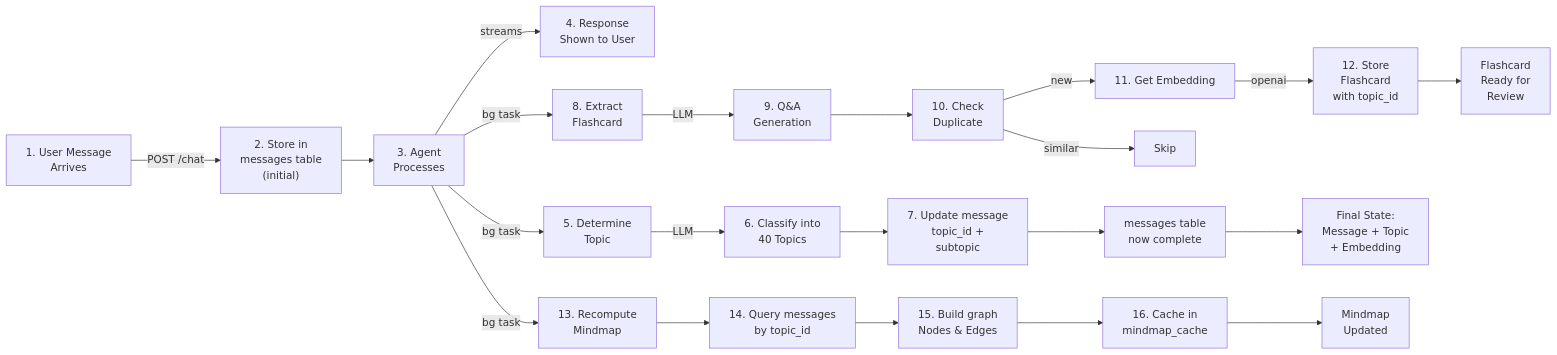
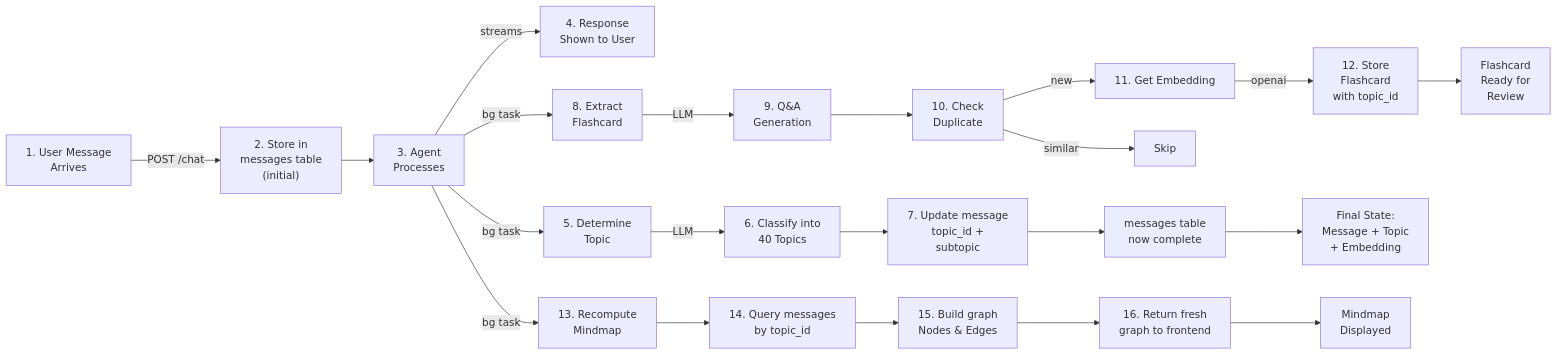
Before and after one commit to njsfield/multi-agent-system: the third of 9 diagrams in ARCHITECTURE.md, drawn with Mermaid. The commit also changed other lines of this file and 1 other file, not shown here.

First line of the commit message:
docs: update to reflect mindmap runtime generation (no caching)

````diff
--- a/ARCHITECTURE.md
+++ b/ARCHITECTURE.md
@@ -111,26 +111,26 @@
 ```mermaid
 graph LR
     A["1. User Message<br/>Arrives"] -->|POST /chat| B["2. Store in<br/>messages table<br/>(initial)"]
     B --> C["3. Agent<br/>Processes"]
     C -->|streams| D["4. Response<br/>Shown to User"]
     C -->|bg task| E["5. Determine<br/>Topic"]
     E -->|LLM| F["6. Classify into<br/>40 Topics"]
     F --> G["7. Update message<br/>topic_id +<br/>subtopic"]
     G --> H["messages table<br/>now complete"]
     
     C -->|bg task| I["8. Extract<br/>Flashcard"]
     I -->|LLM| J["9. Q&A<br/>Generation"]
     J --> K["10. Check<br/>Duplicate"]
     K -->|similar| L["Skip"]
     K -->|new| M["11. Get Embedding"]
     M -->|openai| N["12. Store<br/>Flashcard<br/>with topic_id"]
     
     C -->|bg task| O["13. Recompute<br/>Mindmap"]
     O --> P["14. Query messages<br/>by topic_id"]
     P --> Q["15. Build graph<br/>Nodes & Edges"]
-    Q --> R["16. Cache in<br/>mindmap_cache"]
+    Q --> R["16. Return fresh<br/>graph to frontend"]
     
     H --> S["Final State:<br/>Message + Topic<br/>+ Embedding"]
     N --> T["Flashcard<br/>Ready for<br/>Review"]
-    R --> U["Mindmap<br/>Updated"]
+    R --> U["Mindmap<br/>Displayed"]
 ```
````
